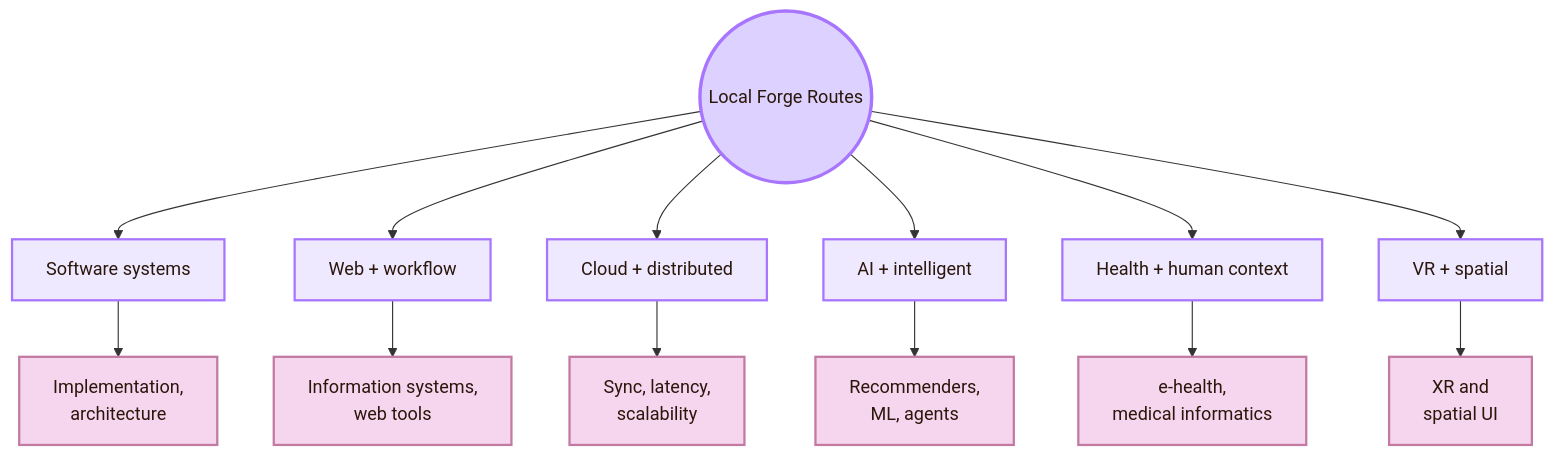
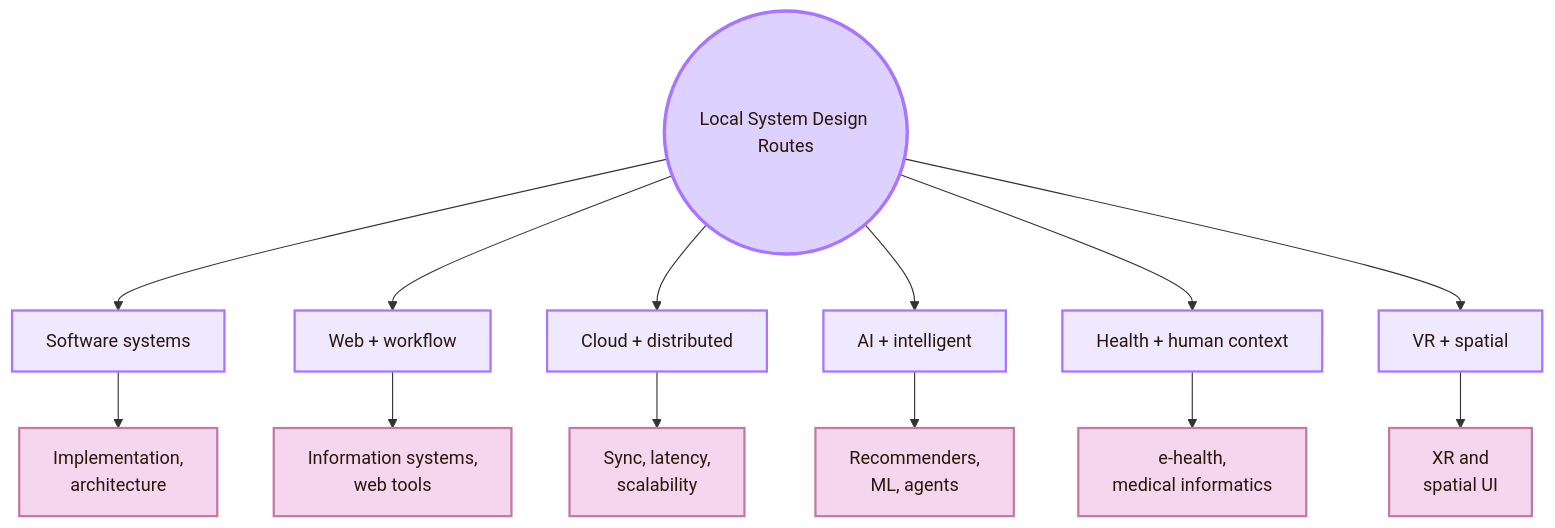
The second of 4 diagrams in 01_Core_Area_HCI/001_Subareas/02_System_Design/Local and Global.md (andreitegzes06-ui/CogniShire), drawn with Mermaid before and after one commit. The commit also changed other lines of this file and 132 other files, not shown here.

````diff
--- a/01_Core_Area_HCI/001_Subareas/02_System_Design/Local and Global.md
+++ b/01_Core_Area_HCI/001_Subareas/02_System_Design/Local and Global.md
@@ -152,26 +50,26 @@
 ```mermaid
 flowchart TB
-    A((Local Forge Routes))
+    A((Local System Design Routes))
 
     A --> B[Software systems]
     A --> C[Web + workflow]
     A --> D[Cloud + distributed]
     A --> E[AI + intelligent]
     A --> F[Health + human context]
     A --> G[VR + spatial]
 
     B --> B1[Implementation,<br/>architecture]
     C --> C1[Information systems,<br/>web tools]
     D --> D1[Sync, latency,<br/>scalability]
     E --> E1[Recommenders,<br/>ML, agents]
     F --> F1[e-health,<br/>medical informatics]
     G --> G1[XR and<br/>spatial UI]
 
     classDef center fill:#ddd2ff,stroke:#a875ff,color:#2b160b,stroke-width:3px;
     classDef node fill:#eee9ff,stroke:#a875ff,color:#2b160b,stroke-width:2px;
     classDef detail fill:#f6d6ee,stroke:#c27aa2,color:#2b160b,stroke-width:2px;
 
     class A center;
     class B,C,D,E,F,G node;
     class B1,C1,D1,E1,F1,G1 detail;
 ```
````
